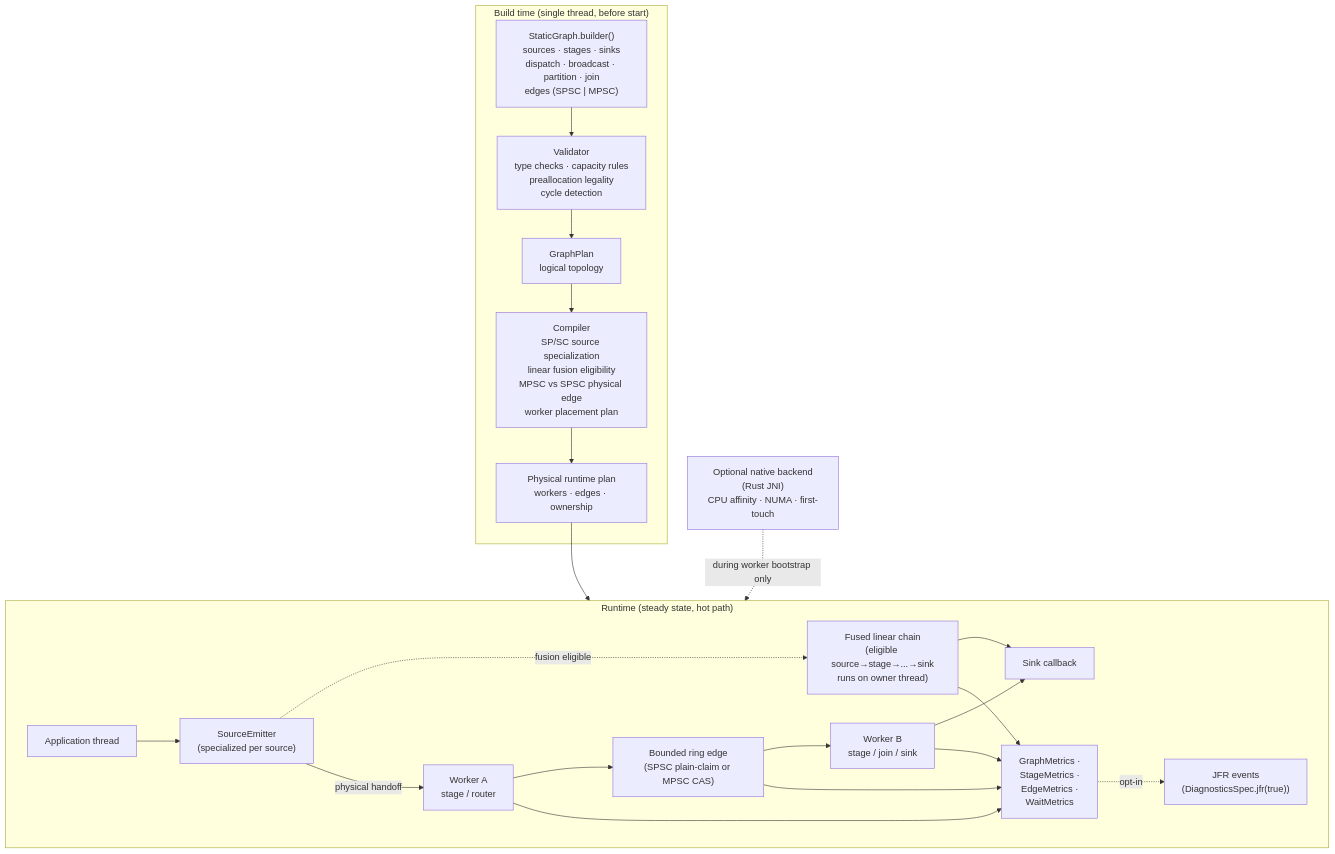
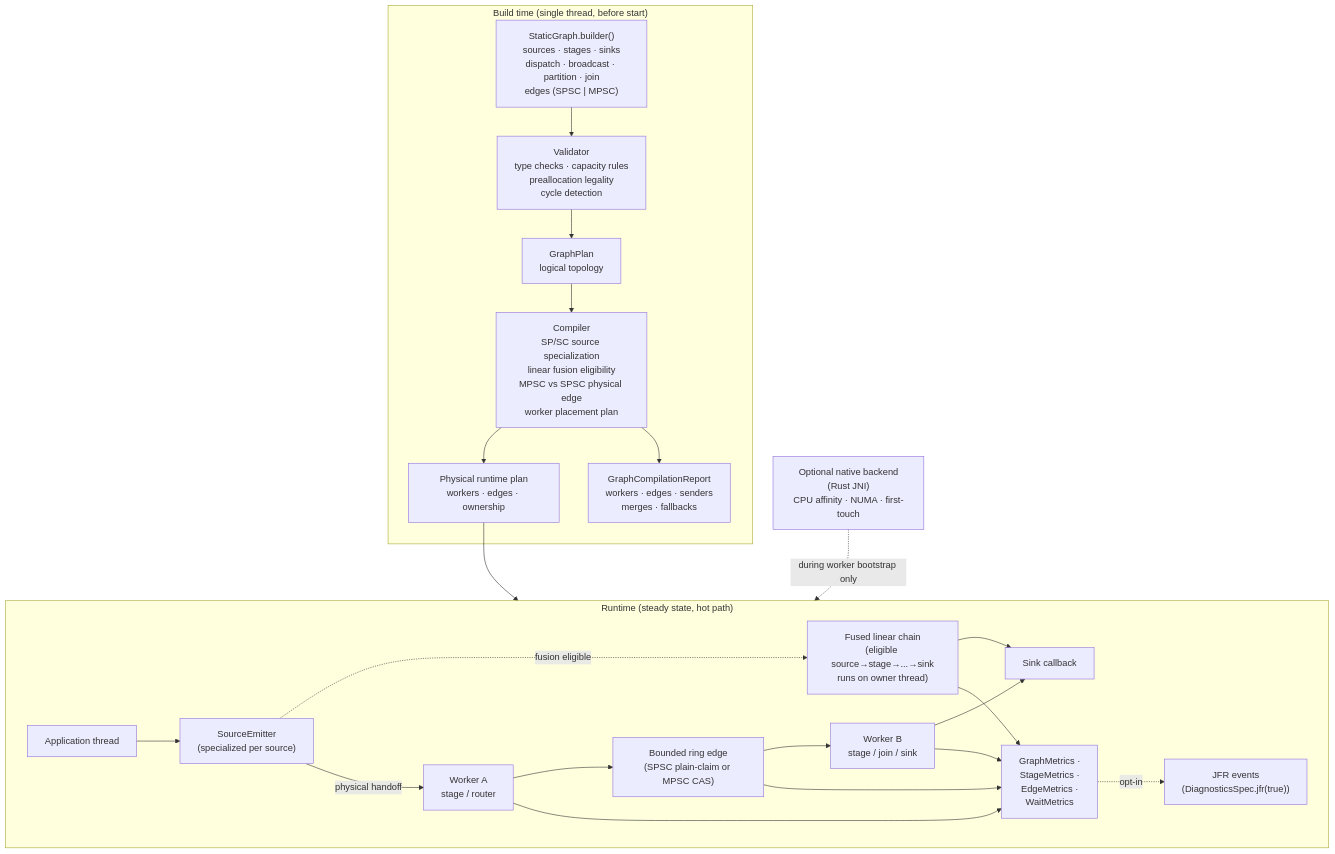
The diagram in docs/architecture.md (ElevatedDev/Lattice), drawn with Mermaid before and after one commit. The commit also changed other lines of this file and 34 other files, not shown here.

Commit message:
feat: graph analysis dx reporting

````diff
--- a/docs/architecture.md
+++ b/docs/architecture.md
@@ -23,34 +23,36 @@
 ```mermaid
 flowchart TB
     subgraph Build["Build time (single thread, before start)"]
         DSL["StaticGraph.builder()<br/>sources · stages · sinks<br/>dispatch · broadcast · partition · join<br/>edges (SPSC | MPSC)"]
         Validate["Validator<br/>type checks · capacity rules<br/>preallocation legality<br/>cycle detection"]
         Plan["GraphPlan<br/>logical topology"]
         Compile["Compiler<br/>SP/SC source specialization<br/>linear fusion eligibility<br/>MPSC vs SPSC physical edge<br/>worker placement plan"]
         Physical["Physical runtime plan<br/>workers · edges · ownership"]
+        Report["GraphCompilationReport<br/>workers · edges · senders<br/>merges · fallbacks"]
         DSL --> Validate --> Plan --> Compile --> Physical
+        Compile --> Report
     end
 
     subgraph Run["Runtime (steady state, hot path)"]
         Producer["Application thread"]
         Emitter["SourceEmitter<br/>(specialized per source)"]
         FusedChain["Fused linear chain<br/>(eligible source→stage→...→sink<br/>runs on owner thread)"]
         Worker1["Worker A<br/>stage / router"]
         Edge1["Bounded ring edge<br/>(SPSC plain-claim or MPSC CAS)"]
         Worker2["Worker B<br/>stage / join / sink"]
         Sink["Sink callback"]
         Metrics["GraphMetrics ·<br/>StageMetrics ·<br/>EdgeMetrics ·<br/>WaitMetrics"]
         JFR["JFR events<br/>(DiagnosticsSpec.jfr(true))"]
         Producer --> Emitter
         Emitter -. "fusion eligible" .-> FusedChain --> Sink
         Emitter -- "physical handoff" --> Worker1 --> Edge1 --> Worker2 --> Sink
         Worker1 --> Metrics
         Edge1 --> Metrics
         Worker2 --> Metrics
         FusedChain --> Metrics
         Metrics -. opt-in .-> JFR
     end
 
     Physical --> Run
     Native["Optional native backend<br/>(Rust JNI)<br/>CPU affinity · NUMA · first-touch"] -. "during worker bootstrap only" .-> Run
 ```
````
